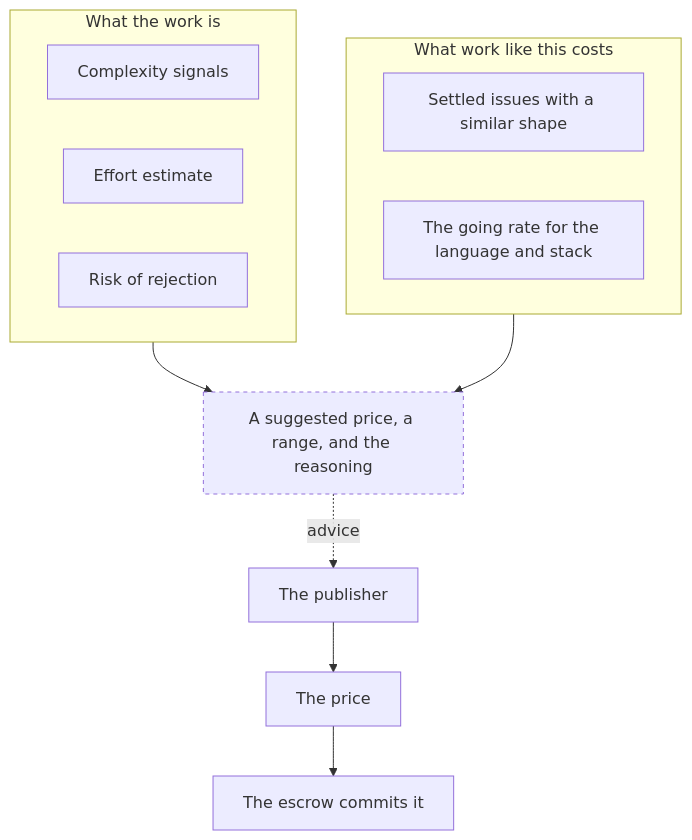
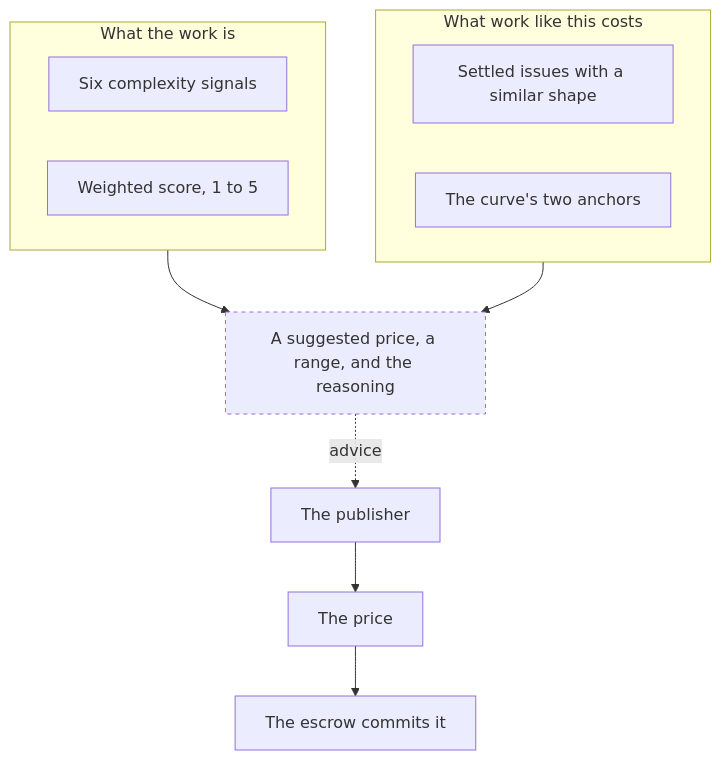
The diagram in docs/misthos/06-pricing-engine.md (alienvisitor8675-bit/hackathon-circle-misthos), drawn with Mermaid before and after one commit. The commit also changed other lines of this file and 13 other files, not shown here.

First line of the commit message:
feat(pricing): price the suggestion from a score curve, not hours (#196)

````diff
--- a/docs/misthos/06-pricing-engine.md
+++ b/docs/misthos/06-pricing-engine.md
@@ -108,18 +108,17 @@
 ```mermaid
 flowchart TB
     subgraph Task["What the work is"]
-        T1["Complexity signals"]
-        T2["Effort estimate"]
-        T3["Risk of rejection"]
+        T1["Six complexity signals"]
+        T2["Weighted score, 1 to 5"]
     end
     subgraph Market["What work like this costs"]
         M1["Settled issues with a similar shape"]
-        M2["The going rate for the language and stack"]
+        M2["The curve's two anchors"]
     end
     Task --> OUT["A suggested price, a range, and the reasoning"]
     Market --> OUT
     PUB["The publisher"] --> PRICE["The price"]
     OUT -.->|"advice"| PUB
     PRICE --> ESCROW["The escrow commits it"]
     style OUT stroke-dasharray: 4 4
 ```
````
